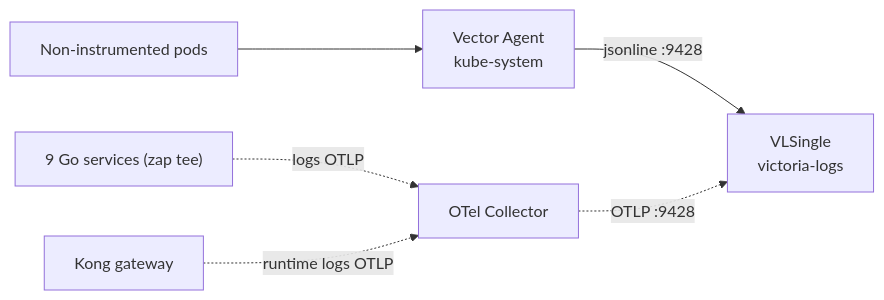
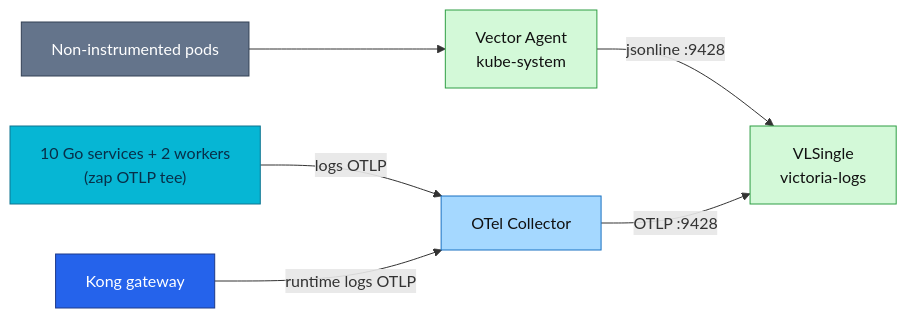
One commit to duynhlab/homelab changed the sixth of 6 diagrams in docs/observability/metrics/victoriametrics.md. Above: the diagram before and after it, drawn with Mermaid. The commit also changed other lines of this file and 33 other files, not shown here.

First line of the commit message:
Refresh observability diagrams (#516)

````diff
--- a/docs/observability/metrics/victoriametrics.md
+++ b/docs/observability/metrics/victoriametrics.md
@@ -566,8 +639,23 @@
 ```mermaid
 flowchart LR
     Pods["Non-instrumented pods"] --> Vector["Vector Agent<br/>kube-system"]
     Vector -->|"jsonline :9428"| VLSingle_f["VLSingle<br/>victoria-logs"]
-    Apps_l["9 Go services (zap tee)"] -.->|"logs OTLP"| OTelC_f["OTel Collector"]
-    Kong_f["Kong gateway"] -.->|"runtime logs OTLP"| OTelC_f
-    OTelC_f -.->|"OTLP :9428"| VLSingle_f
+    Apps_l["10 Go services + 2 workers<br/>(zap OTLP tee)"] -->|"logs OTLP"| OTelC_f["OTel Collector"]
+    Kong_f["Kong gateway"] -->|"runtime logs OTLP"| OTelC_f
+    OTelC_f -->|"OTLP :9428"| VLSingle_f
+
+    classDef service fill:#06b6d4,color:#082f49,stroke:#0e7490;
+    classDef edge fill:#2563eb,color:#fff,stroke:#1e3a8a;
+    classDef platform fill:#7c3aed,color:#fff,stroke:#5b21b6;
+    classDef external fill:#64748b,color:#fff,stroke:#334155;
+    classDef data fill:#22c55e,color:#052e16,stroke:#15803d;
+    classDef metric fill:#ffe8cc,color:#111,stroke:#e8590c;
+    classDef log fill:#d3f9d8,color:#111,stroke:#2f9e44;
+    classDef trace fill:#c5f6fa,color:#111,stroke:#0c8599;
+    classDef collector fill:#a5d8ff,color:#111,stroke:#1971c2;
+    class Apps_l service;
+    class Kong_f edge;
+    class Pods external;
+    class OTelC_f collector;
+    class Vector,VLSingle_f log;
 ```
````
